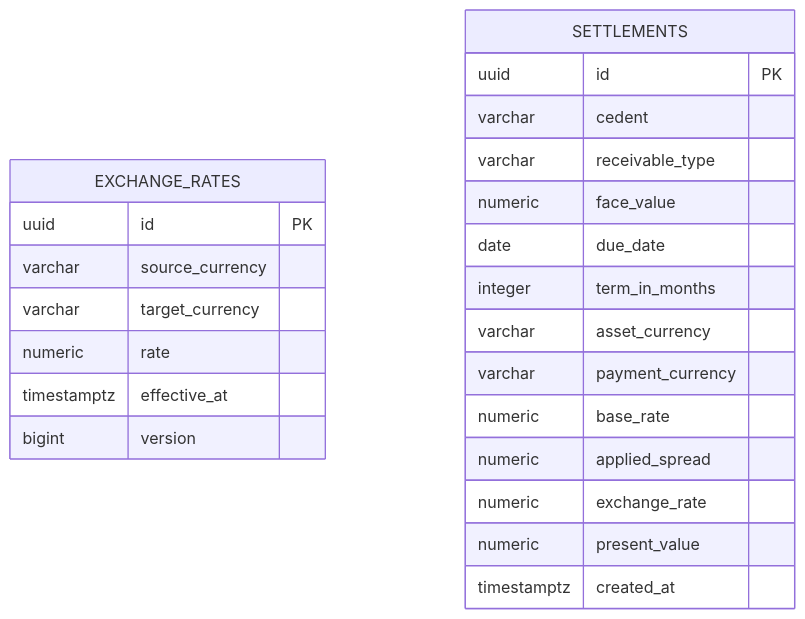
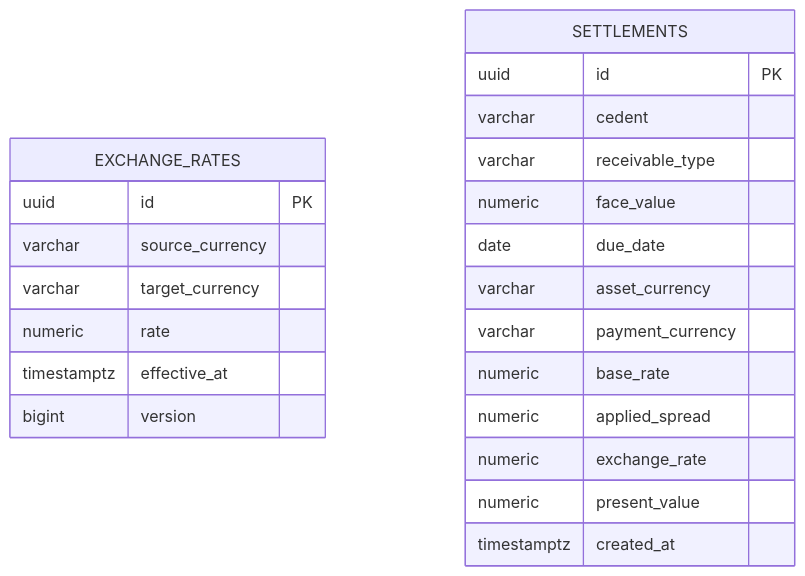
One commit to francklin999/plataforma-cessao-credito-multimoedas changed the diagram in docs/er-diagram.md. Above: the diagram before and after it, drawn with Mermaid. The commit also changed 18 other files, not shown here.

````diff
--- a/docs/er-diagram.md
+++ b/docs/er-diagram.md
@@ -3,27 +3,26 @@
 ```mermaid
 erDiagram
     EXCHANGE_RATES {
         uuid id PK
         varchar source_currency
         varchar target_currency
         numeric rate
         timestamptz effective_at
         bigint version
     }
 
     SETTLEMENTS {
         uuid id PK
         varchar cedent
         varchar receivable_type
         numeric face_value
         date due_date
-        integer term_in_months
         varchar asset_currency
         varchar payment_currency
         numeric base_rate
         numeric applied_spread
         numeric exchange_rate
         numeric present_value
         timestamptz created_at
     }
 ```
````
